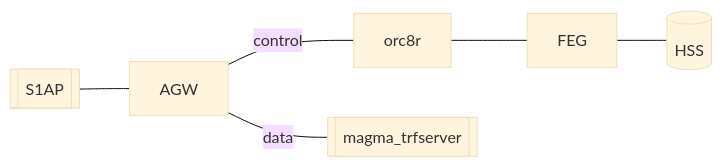
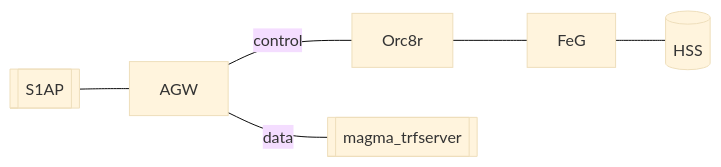
Before and after one commit to magma/magma: the diagram in docs/docusaurus/versioned_docs/version-1.7.0/feg/s1ap_federated_test.md, drawn with Mermaid (base theme). The commit also changed other lines of this file and 4 other files, not shown here.

````diff
--- a/docs/docusaurus/versioned_docs/version-1.7.0/feg/s1ap_federated_test.md
+++ b/docs/docusaurus/versioned_docs/version-1.7.0/feg/s1ap_federated_test.md
@@ -24,5 +24,5 @@
 ```mermaid
 graph LR;
-    A[[S1AP]] --- AGW ---|control| orc8r --- FEG --- HSS[(HSS)];
+    A[[S1AP]] --- AGW ---|control| Orc8r --- FeG --- HSS[(HSS)];
     AGW ---|data| Z[[magma_trfserver]];
 ```
````
